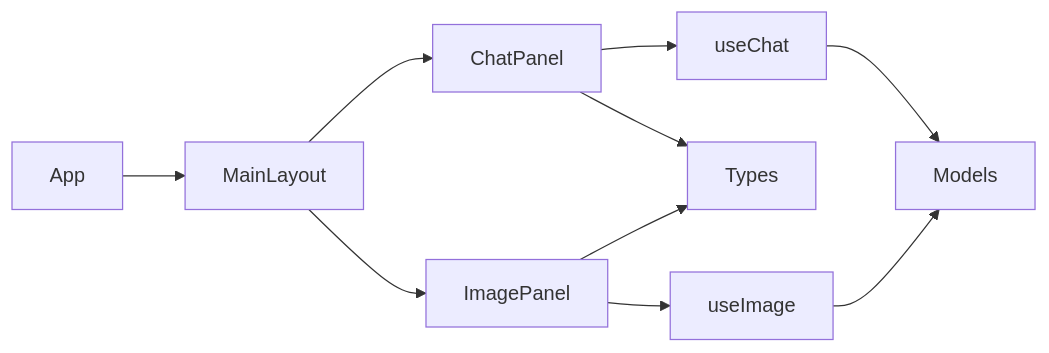
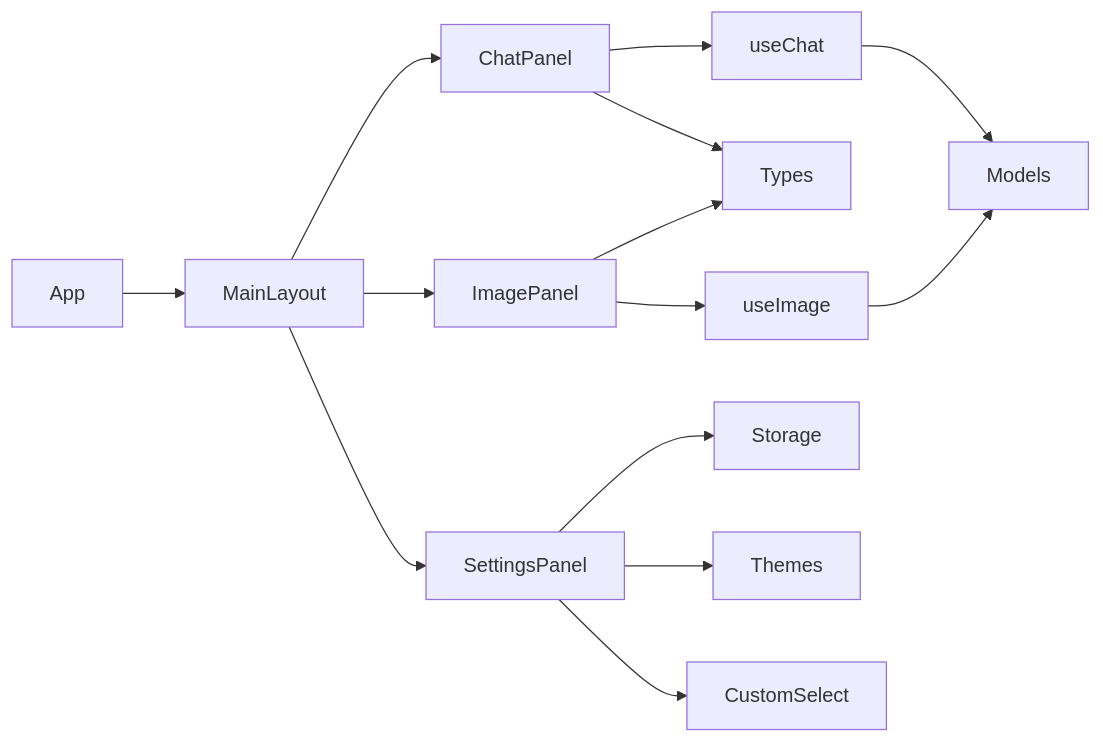
The sixth of 6 diagrams in .qoder/repowiki/zh/content/架构设计/组件架构设计/功能面板组件/功能面板组件.md (billye220670/AIShop), drawn with Mermaid before and after one commit. The commit also changed other lines of this file and 44 other files, not shown here.

````diff
--- a/.qoder/repowiki/zh/content/架构设计/组件架构设计/功能面板组件/功能面板组件.md
+++ b/.qoder/repowiki/zh/content/架构设计/组件架构设计/功能面板组件/功能面板组件.md
@@ -225,12 +294,16 @@
 ```mermaid
 graph LR
 ChatPanel --> useChat
 ChatPanel --> Types
 ImagePanel --> useImage
 ImagePanel --> Types
+SettingsPanel --> Storage
+SettingsPanel --> Themes
+SettingsPanel --> CustomSelect
 useChat --> Models
 useImage --> Models
 App --> MainLayout
 MainLayout --> ChatPanel
 MainLayout --> ImagePanel
+MainLayout --> SettingsPanel
 ```
````
